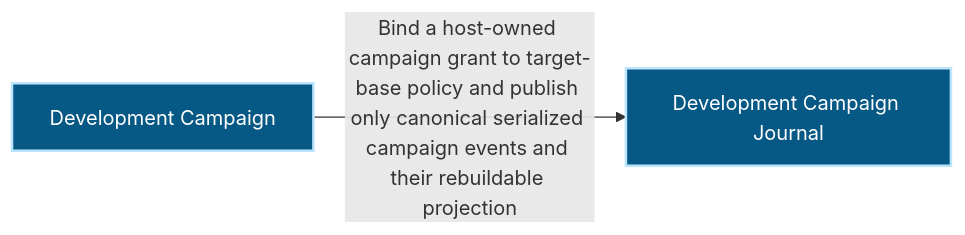
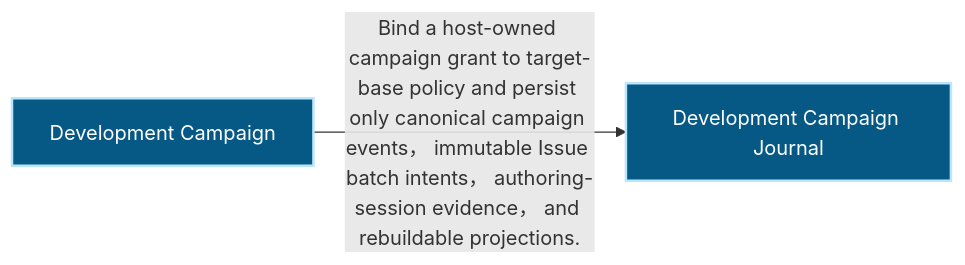
The first of 2 diagrams in docs/architecture/modules/runtime-harness/development-campaign.md (Ancienttwo/repo-harness), drawn with Mermaid before and after one commit. The commit also changed other lines of this file and 25 other files, not shown here.

Commit message:
feat(campaign): add GPT Pro issue authoring lane

````diff
--- a/docs/architecture/modules/runtime-harness/development-campaign.md
+++ b/docs/architecture/modules/runtime-harness/development-campaign.md
@@ -16,10 +16,10 @@
 ```mermaid
 flowchart LR
   p1_capability_runtime_harness_development_campaign_db01be65["Development Campaign"]:::component
   p1_component_development_campaign_journal_b980c208["Development Campaign Journal"]:::component
-  p1_capability_runtime_harness_development_campaign_db01be65 -->|"Bind a host-owned campaign grant to target-base policy and publish only canonical serialized campaign events and their rebuildable projection"| p1_component_development_campaign_journal_b980c208
+  p1_capability_runtime_harness_development_campaign_db01be65 -->|"Bind a host-owned campaign grant to target-base policy and persist only canonical campaign events， immutable Issue batch intents， authoring-session evidence， and rebuildable projections."| p1_component_development_campaign_journal_b980c208
   classDef actor fill:#111827,color:#ffffff,stroke:#f9fafb,stroke-width:2px
   classDef component fill:#075985,color:#ffffff,stroke:#bae6fd,stroke-width:2px
   classDef datastore fill:#3f6212,color:#ffffff,stroke:#d9f99d,stroke-width:2px
   classDef external fill:#7c2d12,color:#ffffff,stroke:#fed7aa,stroke-width:2px
 ```
````
